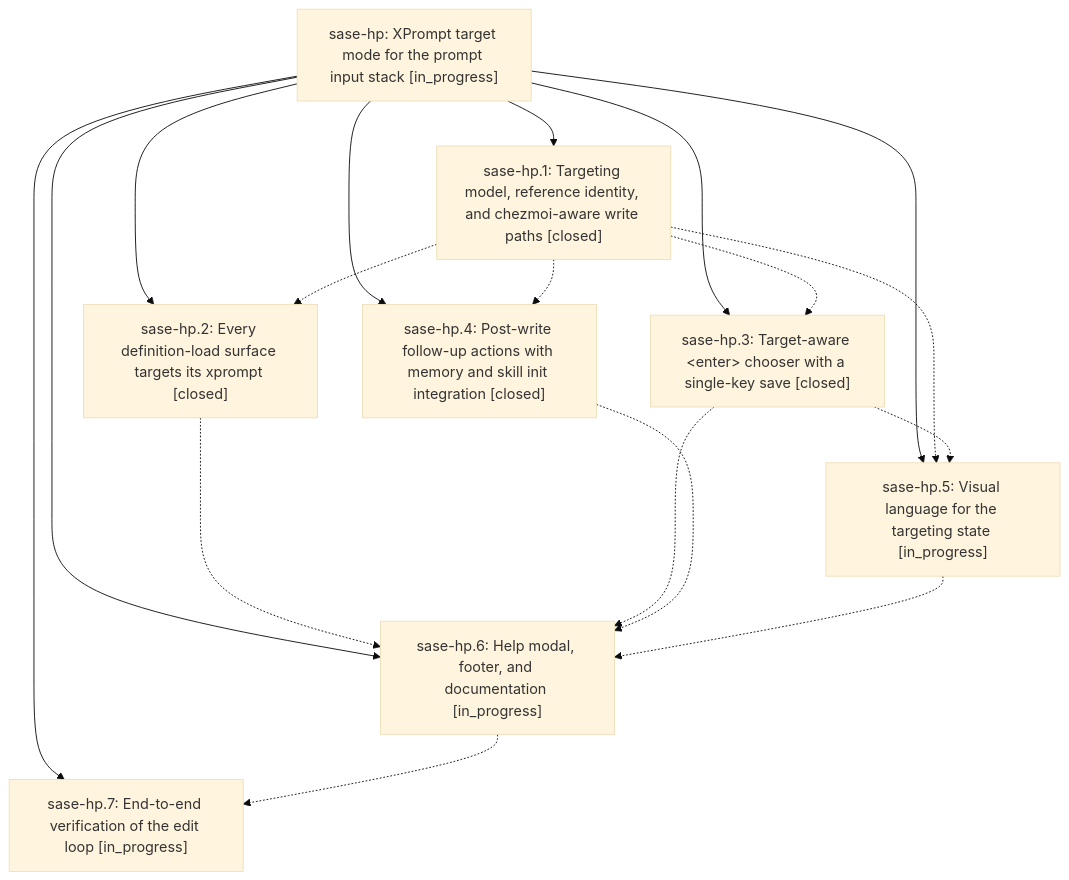
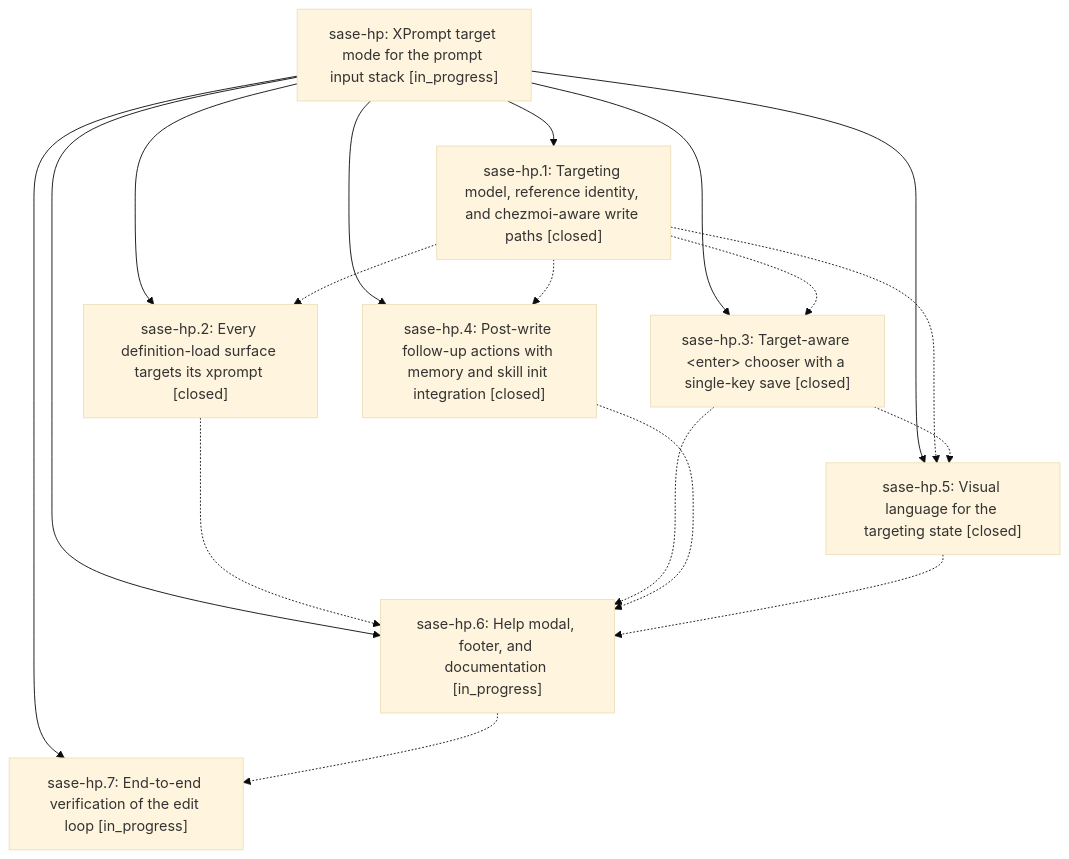
Before and after one commit to sase-org/sase--beads: the diagram in pages/sase-hp/README.md, drawn with Mermaid (base theme). The commit also changed other lines of this file and 4 other files, not shown here.

````diff
--- a/pages/sase-hp/README.md
+++ b/pages/sase-hp/README.md
@@ -28,28 +34,28 @@
 ```mermaid
 flowchart TD
     n0["sase-hp: XPrompt target mode for the prompt input stack [in_progress]"]
     n1["sase-hp.1: Targeting model, reference identity, and chezmoi-aware write paths [closed]"]
     n2["sase-hp.2: Every definition-load surface targets its xprompt [closed]"]
     n3["sase-hp.3: Target-aware &lt;enter&gt; chooser with a single-key save [closed]"]
     n4["sase-hp.4: Post-write follow-up actions with memory and skill init integration [closed]"]
-    n5["sase-hp.5: Visual language for the targeting state [in_progress]"]
+    n5["sase-hp.5: Visual language for the targeting state [closed]"]
     n6["sase-hp.6: Help modal, footer, and documentation [in_progress]"]
     n7["sase-hp.7: End-to-end verification of the edit loop [in_progress]"]
     n0 --> n1
     n0 --> n2
     n0 --> n3
     n0 --> n4
     n0 --> n5
     n0 --> n6
     n0 --> n7
     n1 -.-> n2
     n1 -.-> n3
     n1 -.-> n4
     n1 -.-> n5
     n2 -.-> n6
     n3 -.-> n5
     n3 -.-> n6
     n4 -.-> n6
     n5 -.-> n6
     n6 -.-> n7
 ```
````
